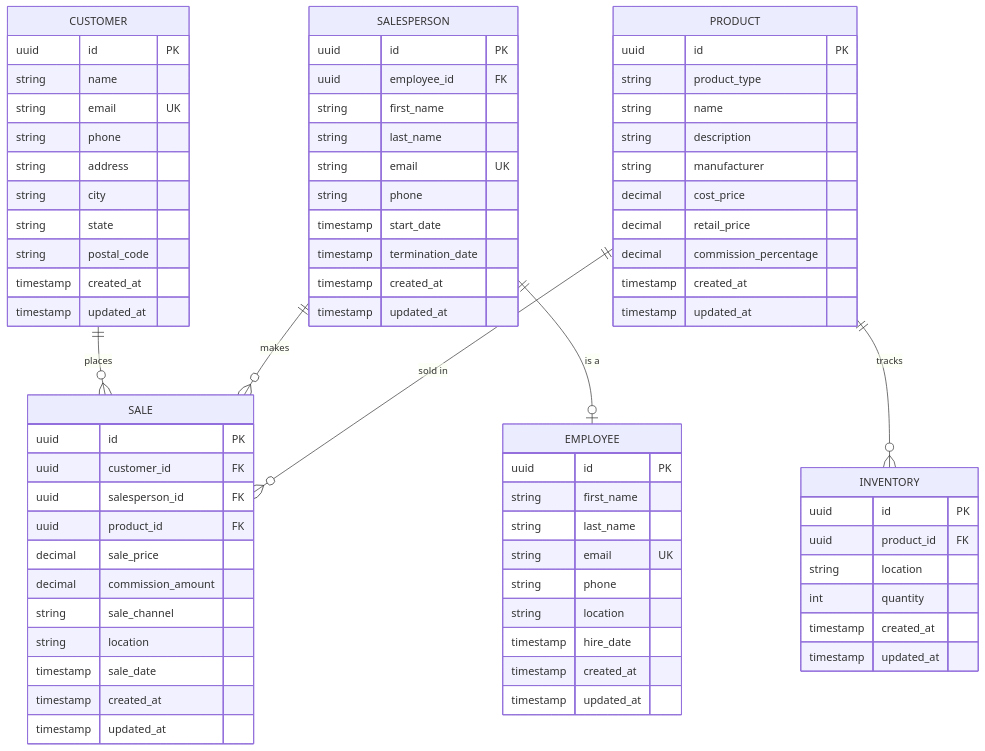
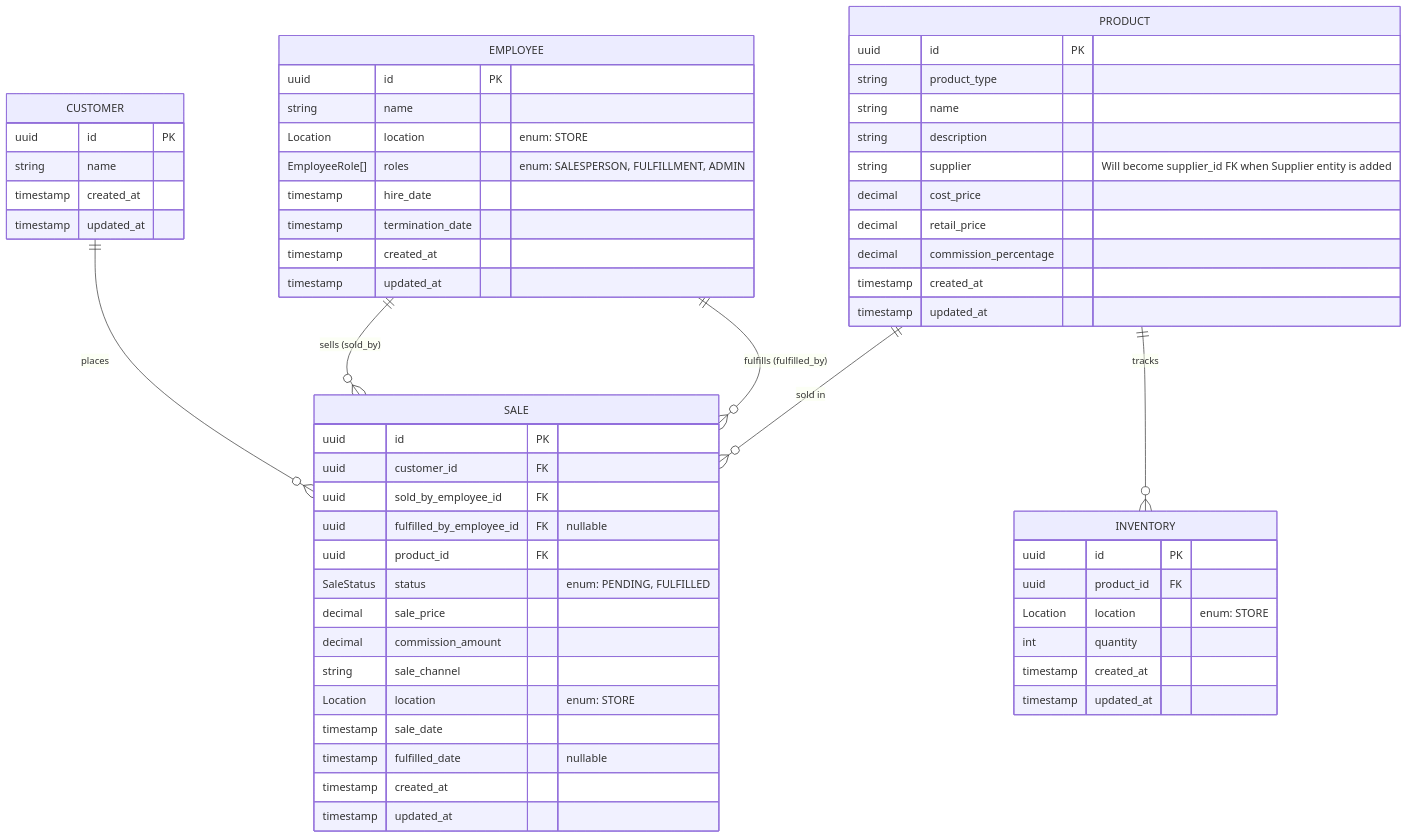
Before and after one commit to bobthearsonist/bespoked-bikes: the diagram in docs/1 initial diagrams/entity-relationship-diagram.md, drawn with Mermaid. The commit also changed other lines of this file and 1 other file, not shown here.

Commit message:
docs: update class and entity relationship diagrams to reflect learnings form scenario exercise

````diff
--- a/docs/1 initial diagrams/entity-relationship-diagram.md
+++ b/docs/1 initial diagrams/entity-relationship-diagram.md
@@ -5,82 +5,65 @@
 ```mermaid
 erDiagram
     CUSTOMER ||--o{ SALE : places
-    SALESPERSON ||--o{ SALE : makes
+    EMPLOYEE ||--o{ SALE : "sells (sold_by)"
+    EMPLOYEE ||--o{ SALE : "fulfills (fulfilled_by)"
     PRODUCT ||--o{ SALE : "sold in"
     PRODUCT ||--o{ INVENTORY : tracks
-    SALESPERSON ||--o| EMPLOYEE : "is a"
 
     CUSTOMER {
         uuid id PK
         string name
-        string email UK
-        string phone
-        string address
-        string city
-        string state
-        string postal_code
-        timestamp created_at
-        timestamp updated_at
-    }
-
-    SALESPERSON {
-        uuid id PK
-        uuid employee_id FK
-        string first_name
-        string last_name
-        string email UK
-        string phone
-        timestamp start_date
-        timestamp termination_date
         timestamp created_at
         timestamp updated_at
     }
 
     EMPLOYEE {
         uuid id PK
-        string first_name
-        string last_name
-        string email UK
-        string phone
-        string location
+        string name
+        Location location "enum: STORE"
+        EmployeeRole[] roles "enum: SALESPERSON, FULFILLMENT, ADMIN"
         timestamp hire_date
+        timestamp termination_date
         timestamp created_at
         timestamp updated_at
     }
 
     PRODUCT {
         uuid id PK
         string product_type
         string name
         string description
-        string manufacturer
+        string supplier "Will become supplier_id FK when Supplier entity is added"
         decimal cost_price
         decimal retail_price
         decimal commission_percentage
         timestamp created_at
         timestamp updated_at
     }
 
     INVENTORY {
         uuid id PK
         uuid product_id FK
-        string location
+        Location location "enum: STORE"
         int quantity
         timestamp created_at
         timestamp updated_at
     }
 
     SALE {
         uuid id PK
         uuid customer_id FK
-        uuid salesperson_id FK
+        uuid sold_by_employee_id FK
+        uuid fulfilled_by_employee_id FK "nullable"
         uuid product_id FK
+        SaleStatus status "enum: PENDING, FULFILLED"
         decimal sale_price
         decimal commission_amount
         string sale_channel
-        string location
+        Location location "enum: STORE"
         timestamp sale_date
+        timestamp fulfilled_date "nullable"
         timestamp created_at
         timestamp updated_at
     }
 ```
````
